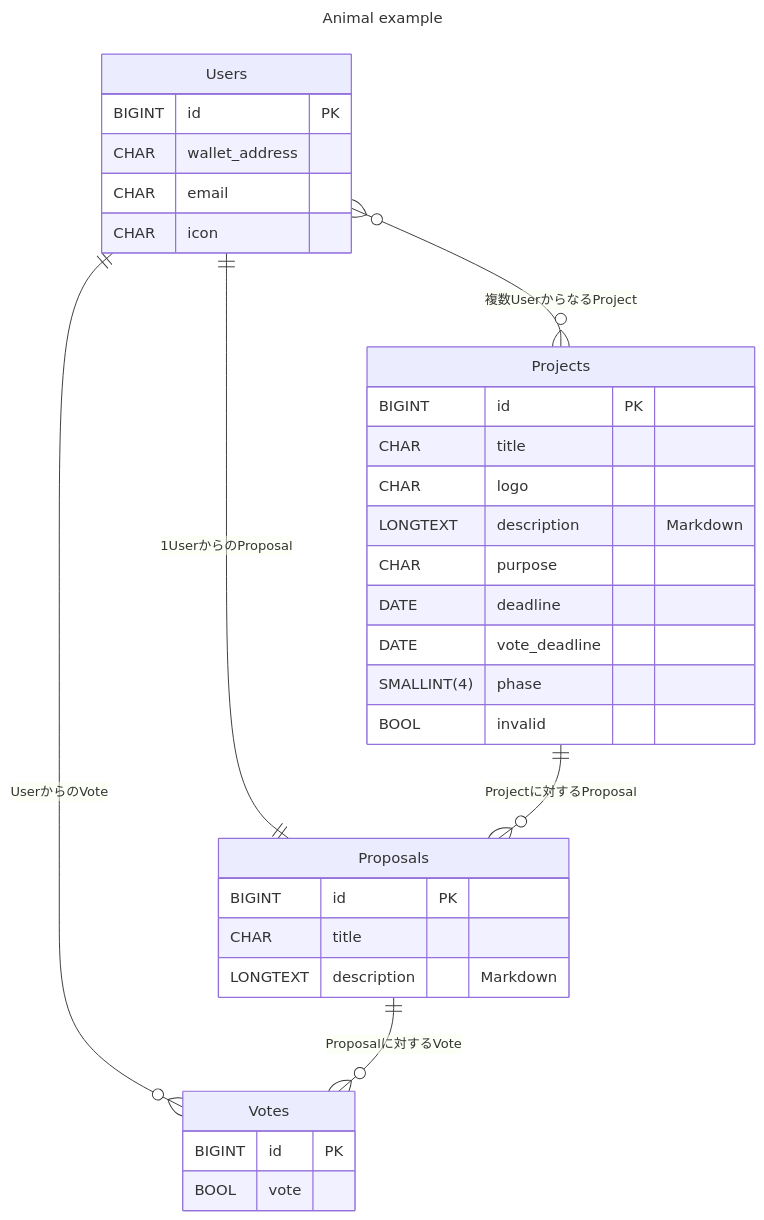
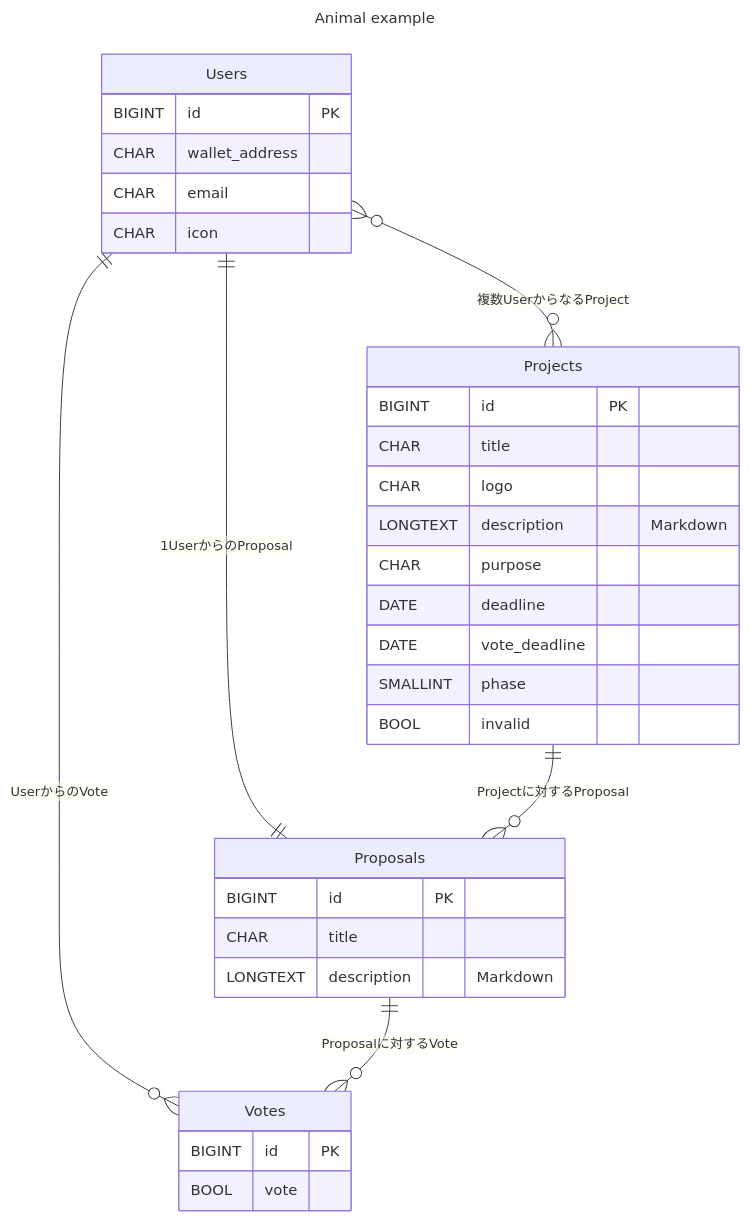
The diagram in src/backend/docs/er.md (cardene777/hakuhodo_key3), drawn with Mermaid before and after one commit.

Commit message:
🛠️ modify er.md

````diff
--- a/src/backend/docs/er.md
+++ b/src/backend/docs/er.md
@@ -3,39 +3,39 @@
 ```mermaid
 ---
 title: Animal example
 ---
 erDiagram
     Users ||--o{ Votes : "UserからのVote"
     Users }o--o{ Projects : "複数UserからなるProject"
     Users ||--|| Proposals : "1UserからのProposal"
     Projects ||--o{ Proposals : "Projectに対するProposal"
     Proposals ||--o{ Votes : "Proposalに対するVote"
     Users {
         BIGINT id PK
         CHAR wallet_address
         CHAR email
         CHAR icon
     }
     Projects {
         BIGINT id PK
         CHAR title
         CHAR logo
         LONGTEXT description "Markdown"
         CHAR purpose
         DATE deadline
         DATE vote_deadline
-        SMALLINT(4) phase
+        SMALLINT phase
         BOOL invalid
     }
 
     Votes {
         BIGINT id PK
         BOOL vote
     }
 
     Proposals {
         BIGINT id PK
         CHAR title
         LONGTEXT description "Markdown"
     }
 ```
````
